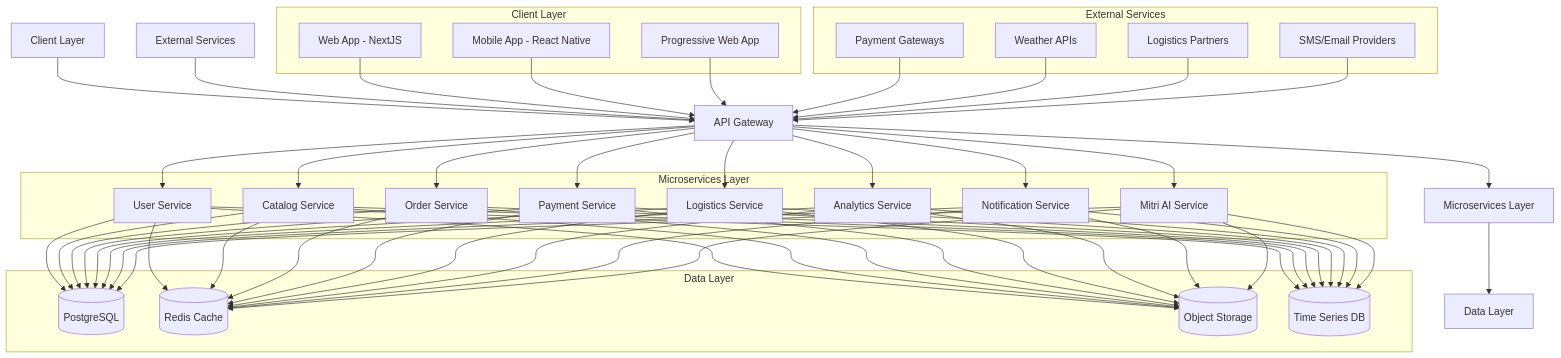
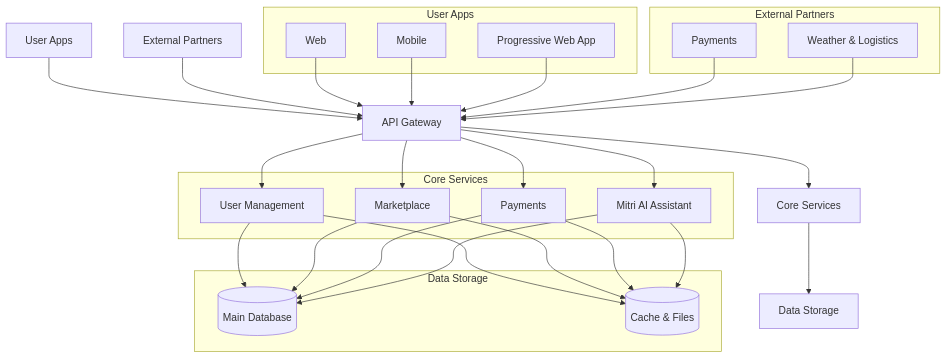
One commit to r04nx/obsidian changed the second of 14 diagrams in tmp/FarmConnect_Documentation.md. Above: the diagram before and after it, drawn with Mermaid. The commit also changed other lines of this file and 2 other files, not shown here.

Commit message:
vault backup: 2025-03-10 23:57:48

````diff
--- a/tmp/FarmConnect_Documentation.md
+++ b/tmp/FarmConnect_Documentation.md
@@ -177,43 +177,35 @@
 ```mermaid
 graph TD
-    A[Client Layer] --> B[API Gateway]
-    B --> C[Microservices Layer]
-    C --> D[Data Layer]
-    E[External Services] --> B
+    A[User Apps] --> B[API Gateway]
+    B --> C[Core Services]
+    C --> D[Data Storage]
+    E[External Partners] --> B
     
-    subgraph "Client Layer"
-        A1[Web App - NextJS] 
-        A2[Mobile App - React Native]
+    subgraph "User Apps"
+        A1[Web] 
+        A2[Mobile]
         A3[Progressive Web App]
     end
     
-    subgraph "Microservices Layer"
-        C1[User Service]
-        C2[Catalog Service]
-        C3[Order Service]
-        C4[Payment Service]
-        C5[Logistics Service]
-        C6[Analytics Service]
-        C7[Notification Service]
-        C8[Mitri AI Service]
+    subgraph "Core Services"
+        C1[User Management]
+        C2[Marketplace]
+        C3[Payments]
+        C4[Mitri AI Assistant]
     end
     
-    subgraph "Data Layer"
-        D1[(PostgreSQL)]
-        D2[(Redis Cache)]
-        D3[(Object Storage)]
-        D4[(Time Series DB)]
+    subgraph "Data Storage"
+        D1[(Main Database)]
+        D2[(Cache & Files)]
     end
     
-    subgraph "External Services"
-        E1[Payment Gateways]
-        E2[Weather APIs]
-        E3[Logistics Partners]
-        E4[SMS/Email Providers]
+    subgraph "External Partners"
+        E1[Payments]
+        E2[Weather & Logistics]
     end
     
     A1 & A2 & A3 --> B
-    B --> C1 & C2 & C3 & C4 & C5 & C6 & C7 & C8
-    C1 & C2 & C3 & C4 & C5 & C6 & C7 & C8 --> D1 & D2 & D3 & D4
-    E1 & E2 & E3 & E4 --> B
+    B --> C1 & C2 & C3 & C4
+    C1 & C2 & C3 & C4 --> D1 & D2
+    E1 & E2 --> B
 ```
````
